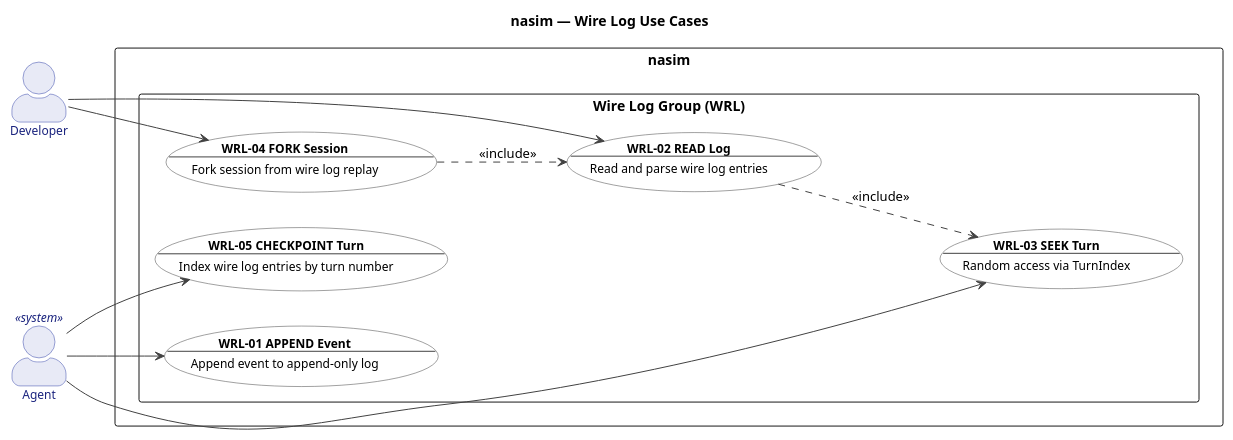
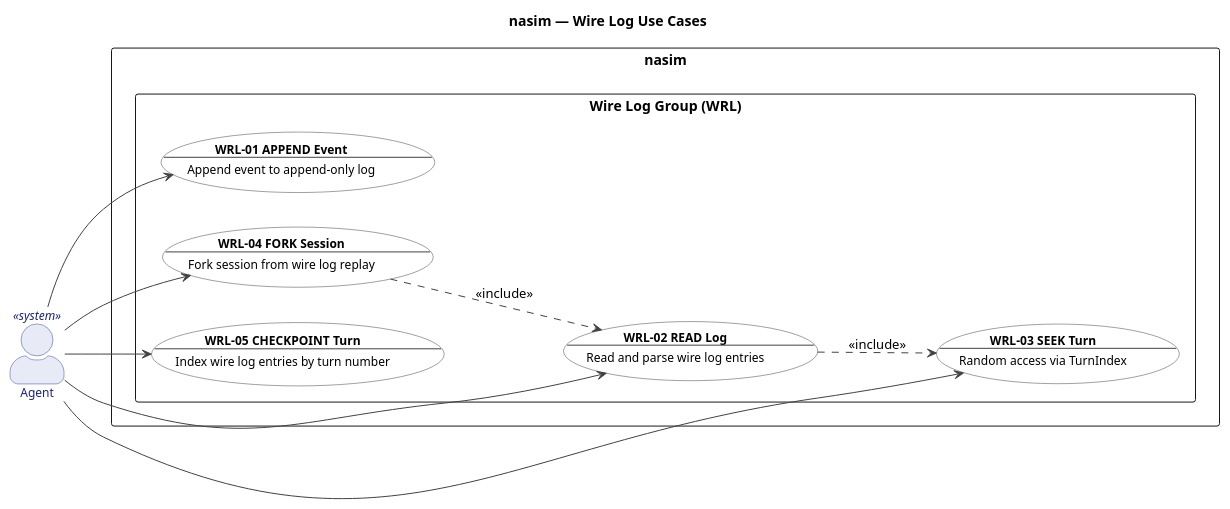
One commit to salimnamvar/nasim changed the diagram in docs/UC/uc_wire_log.puml. Above: the diagram before and after it, drawn with PlantUML. The commit also changed 25 other files, not shown here.

```diff
--- a/docs/UC/uc_wire_log.puml
+++ b/docs/UC/uc_wire_log.puml
@@ -1,74 +1,73 @@
 @startuml uc_wire_log
 
 ' ============================================================
 ' Title:     nasim — UC: Wire Log Group
 ' Group:     WRL (Wire Log)
 ' Boundary:  nasim code agent
 ' Purpose:   Append-only event log, replay, session fork from wire
 ' Milestone: v1.0
 ' Version:   6.0.0
 ' Source:    docs/ENTITIES.md
 ' Review:    docs/audit/audit.2026.06.20.uc-layer.car.md
 ' ============================================================
 
 left to right direction
 
 title nasim — Wire Log Use Cases
 
 skinparam actorStyle awesome
 skinparam packageStyle rectangle
 
 skinparam usecase {
   BackgroundColor #FFFFFF
   BorderColor #424242
   FontColor #000000
   ArrowColor #424242
   FontSize 12
 }
 
 skinparam actor {
   BackgroundColor #E8EAF6
   BorderColor #3949AB
   FontColor #1A237E
   FontSize 12
 }
 
 ' ============================================================
 ' Actors
 ' ============================================================
 
-actor "Developer" as Developer
 actor "Agent" as Agent <<system>>
 
 ' ============================================================
 ' System Boundary
 ' ============================================================
 
 rectangle "nasim" {
   package "Wire Log Group (WRL)" {
     usecase "**WRL-01 APPEND Event**\n--\nAppend event to append-only log" as WRL01
     usecase "**WRL-02 READ Log**\n--\nRead and parse wire log entries" as WRL02
     usecase "**WRL-03 SEEK Turn**\n--\nRandom access via TurnIndex" as WRL03
     usecase "**WRL-04 FORK Session**\n--\nFork session from wire log replay" as WRL04
     usecase "**WRL-05 CHECKPOINT Turn**\n--\nIndex wire log entries by turn number" as WRL05
   }
 }
 
 ' ============================================================
 ' Actor -> Use Case Associations
 ' ============================================================
 
-Developer --> WRL02
-Developer --> WRL04
 Agent --> WRL01
+Agent --> WRL02
 Agent --> WRL03
+Agent --> WRL04
 Agent --> WRL05
 
 ' ============================================================
 ' Relationships
 ' ============================================================
 
 WRL02 ..> WRL03 : <<include>>
 WRL04 ..> WRL02 : <<include>>
 
 @enduml
```
